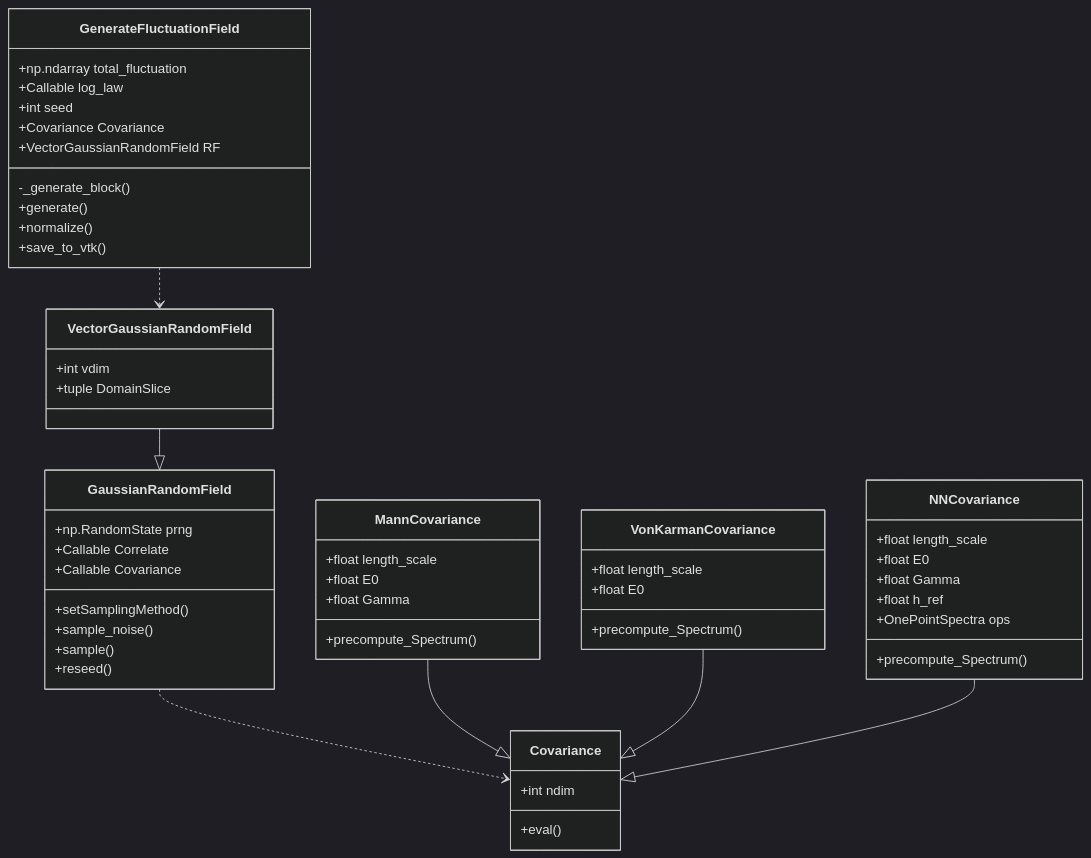
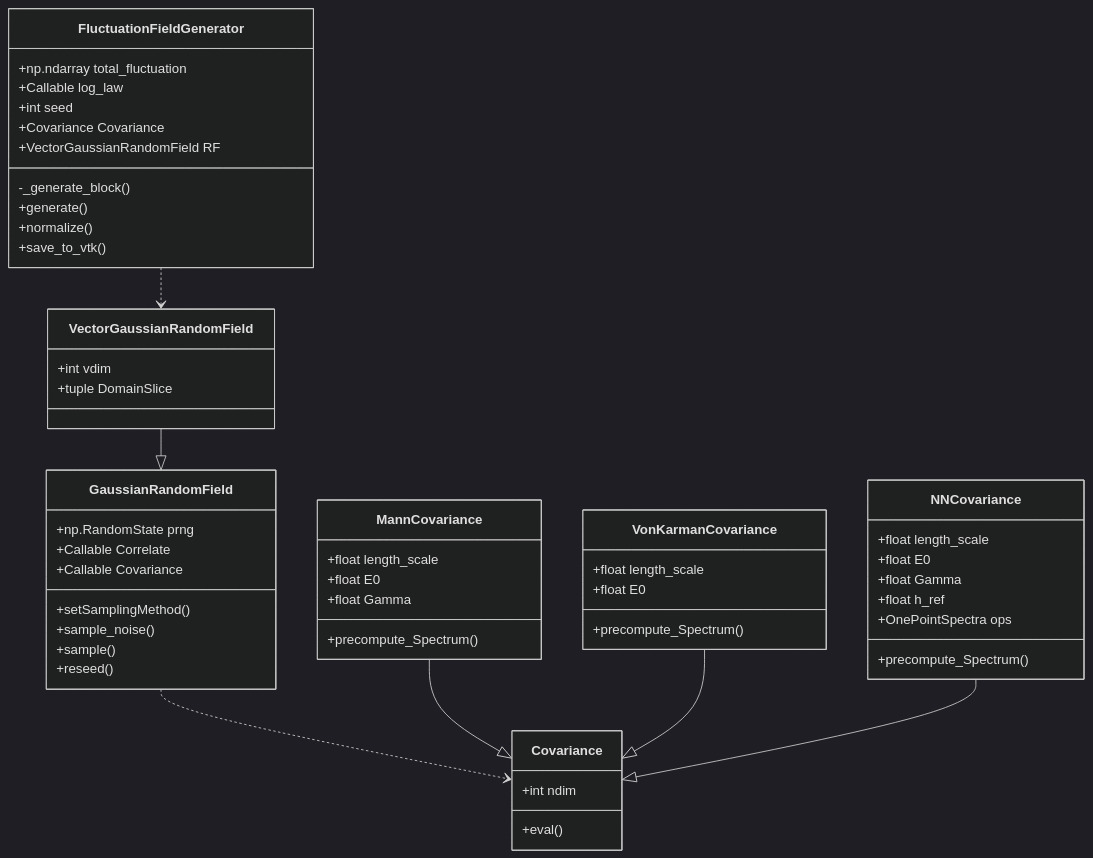
One commit to METHODS-Group/DRDMannTurb changed the diagram in docs/source/uml_fluct_gen.rst. Above: the diagram before and after it, drawn with Mermaid (dark theme). The commit also changed other lines of this file and 34 other files, not shown here.

```diff
--- a/docs/source/uml_fluct_gen.rst
+++ b/docs/source/uml_fluct_gen.rst
@@ -10,64 +10,64 @@
-.. mermaid:: 
+.. mermaid::
     :zoom:
 
     classDiagram
     direction LR
-    GenerateFluctuationField ..> VectorGaussianRandomField
+    FluctuationFieldGenerator ..> VectorGaussianRandomField
     GaussianRandomField ..> Covariance
 
     VectorGaussianRandomField --|> GaussianRandomField
 
     subgraph cov
     direction TB
     MannCovariance --|> Covariance
     VonKarmanCovariance --|> Covariance
     NNCovariance --|> Covariance
     end
 
-    GenerateFluctuationField : +np.ndarray total_fluctuation
-    GenerateFluctuationField : +Callable log_law
-    GenerateFluctuationField : +int seed
-    GenerateFluctuationField : +Covariance Covariance
-    GenerateFluctuationField : +VectorGaussianRandomField RF
+    FluctuationFieldGenerator : +np.ndarray total_fluctuation
+    FluctuationFieldGenerator : +Callable log_law
+    FluctuationFieldGenerator : +int seed
+    FluctuationFieldGenerator : +Covariance Covariance
+    FluctuationFieldGenerator : +VectorGaussianRandomField RF
 
-    GenerateFluctuationField: -_generate_block()
-    GenerateFluctuationField: +generate()
-    GenerateFluctuationField: +normalize()
-    GenerateFluctuationField: +save_to_vtk()
+    FluctuationFieldGenerator: -_generate_block()
+    FluctuationFieldGenerator: +generate()
+    FluctuationFieldGenerator: +normalize()
+    FluctuationFieldGenerator: +save_to_vtk()
     class VectorGaussianRandomField{
       +int vdim
       +tuple DomainSlice
     }
     class Covariance{
       +int ndim
       +eval()
     }
     class GaussianRandomField{
     +np.RandomState prng
     +Callable Correlate
     +Callable Covariance
 
     +setSamplingMethod()
     +sample_noise()
     +sample()
     +reseed()
     }
     class VonKarmanCovariance{
-    +float length_scale 
+    +float length_scale
     +float E0
     +precompute_Spectrum()
     }
     class MannCovariance{
-    +float length_scale 
+    +float length_scale
     +float E0
     +float Gamma
     +precompute_Spectrum()
     }
     class NNCovariance{
-    +float length_scale 
+    +float length_scale
     +float E0
     +float Gamma
     +float h_ref
     +OnePointSpectra ops
     +precompute_Spectrum()
     }
```
